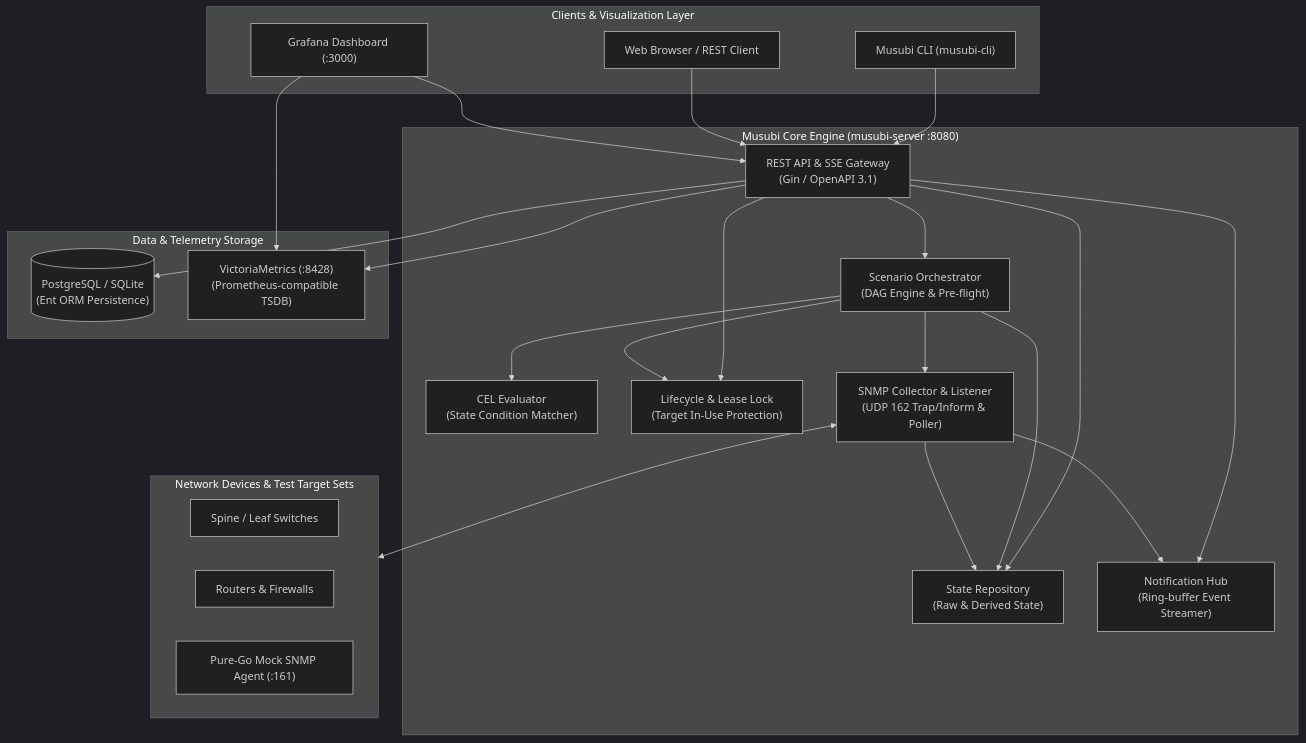
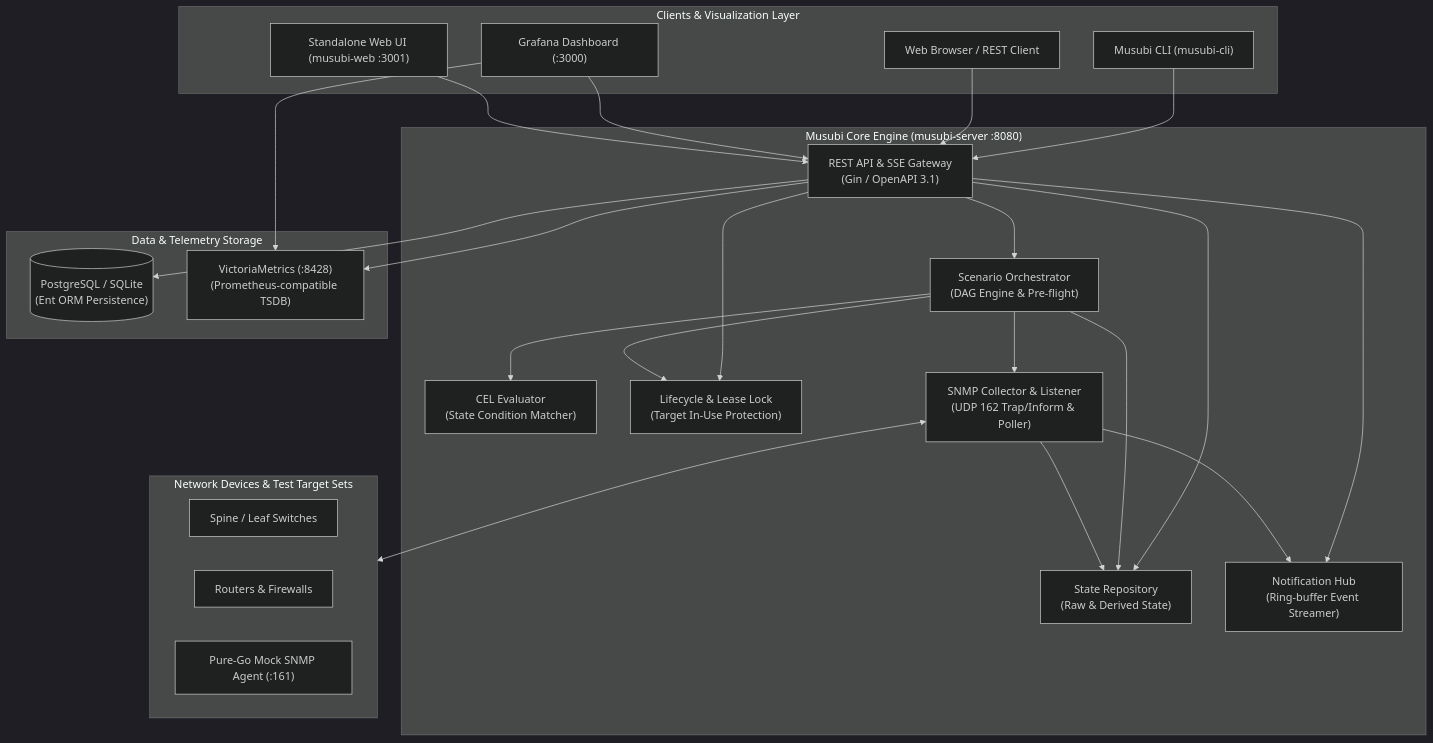
Before and after one commit to sh0jitmy/Musubi: the first of 2 diagrams in README.md, drawn with Mermaid (dark theme). The commit also changed other lines of this file and 32 other files, not shown here.

Commit message:
feat: add standalone HTMX web frontend interface and E2E testing suite

````diff
--- a/README.md
+++ b/README.md
@@ -31,52 +32,54 @@
 ```mermaid
 graph TB
     subgraph Clients["Clients & Visualization Layer"]
         CLI["Musubi CLI (musubi-cli)"]
         WebUI["Web Browser / REST Client"]
         Grafana["Grafana Dashboard (:3000)"]
+        MusubiWeb["Standalone Web UI (musubi-web :3001)"]
     end
 
     subgraph MusubiServer["Musubi Core Engine (musubi-server :8080)"]
         Gateway["REST API & SSE Gateway\n(Gin / OpenAPI 3.1)"]
         Orchestrator["Scenario Orchestrator\n(DAG Engine & Pre-flight)"]
         CELEval["CEL Evaluator\n(State Condition Matcher)"]
         StateStore["State Repository\n(Raw & Derived State)"]
         LifecycleMgr["Lifecycle & Lease Lock\n(Target In-Use Protection)"]
         Collector["SNMP Collector & Listener\n(UDP 162 Trap/Inform & Poller)"]
         NotifHub["Notification Hub\n(Ring-buffer Event Streamer)"]
     end
 
     subgraph StorageLayer["Data & Telemetry Storage"]
         EntDB[("PostgreSQL / SQLite\n(Ent ORM Persistence)")]
         TSDB["VictoriaMetrics (:8428)\n(Prometheus-compatible TSDB)"]
     end
 
     subgraph NetworkTargets["Network Devices & Test Target Sets"]
         Device1["Spine / Leaf Switches"]
         Device2["Routers & Firewalls"]
         MockAgent["Pure-Go Mock SNMP Agent (:161)"]
     end
 
     %% Flow connections
     CLI --> Gateway
     WebUI --> Gateway
     Grafana --> TSDB
     Grafana --> Gateway
+    MusubiWeb --> Gateway
 
     Gateway --> Orchestrator
     Gateway --> StateStore
     Gateway --> LifecycleMgr
     Gateway --> NotifHub
 
     Orchestrator --> CELEval
     Orchestrator --> LifecycleMgr
     Orchestrator --> StateStore
     Orchestrator --> Collector
 
     Collector --> StateStore
     Collector --> NotifHub
     Collector <--> NetworkTargets
 
     Gateway --> EntDB
     Gateway --> TSDB
 ```
````
